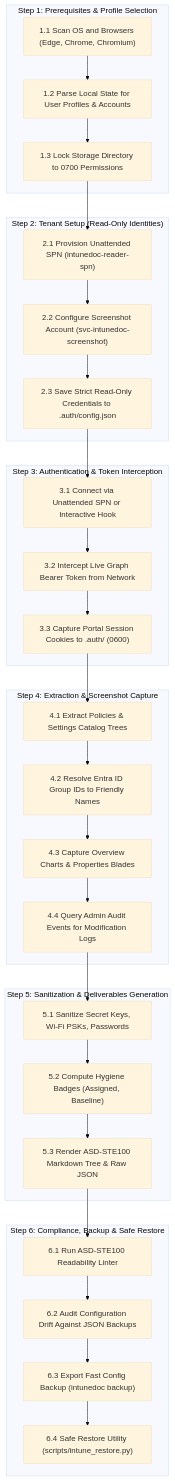
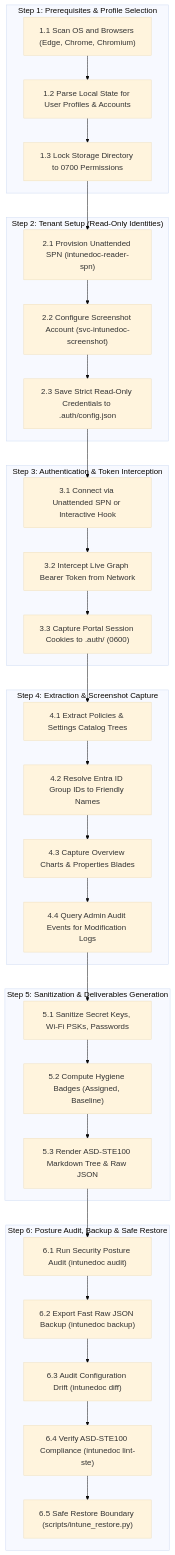
The diagram in README.md (leifdavisson/intune-visual-doc), drawn with Mermaid (base theme) before and after one commit. The commit also changed other lines of this file and 22 other files, not shown here.

First line of the commit message:
feat(audit): release v0.2.0 with posture audit and menu alignment

````diff
--- a/README.md
+++ b/README.md
@@ -24,52 +24,53 @@
 ```mermaid
 flowchart TD
     subgraph E1["Step 1: Prerequisites & Profile Selection"]
         E1A["1.1 Scan OS and Browsers (Edge, Chrome, Chromium)"]
         E1B["1.2 Parse Local State for User Profiles & Accounts"]
         E1C["1.3 Lock Storage Directory to 0700 Permissions"]
         E1A --> E1B --> E1C
     end
 
     subgraph E2["Step 2: Tenant Setup (Read-Only Identities)"]
         E2A["2.1 Provision Unattended SPN (intunedoc-reader-spn)"]
         E2B["2.2 Configure Screenshot Account (svc-intunedoc-screenshot)"]
         E2C["2.3 Save Strict Read-Only Credentials to .auth/config.json"]
         E2A --> E2B --> E2C
     end
 
     subgraph E3["Step 3: Authentication & Token Interception"]
         E3A["3.1 Connect via Unattended SPN or Interactive Hook"]
         E3B["3.2 Intercept Live Graph Bearer Token from Network"]
         E3C["3.3 Capture Portal Session Cookies to .auth/ (0600)"]
         E3A --> E3B --> E3C
     end
 
     subgraph E4["Step 4: Extraction & Screenshot Capture"]
         E4A["4.1 Extract Policies & Settings Catalog Trees"]
         E4B["4.2 Resolve Entra ID Group IDs to Friendly Names"]
         E4C["4.3 Capture Overview Charts & Properties Blades"]
         E4D["4.4 Query Admin Audit Events for Modification Logs"]
         E4A --> E4B --> E4C --> E4D
     end
 
     subgraph E5["Step 5: Sanitization & Deliverables Generation"]
         E5A["5.1 Sanitize Secret Keys, Wi-Fi PSKs, Passwords"]
         E5B["5.2 Compute Hygiene Badges (Assigned, Baseline)"]
         E5C["5.3 Render ASD-STE100 Markdown Tree & Raw JSON"]
         E5A --> E5B --> E5C
     end
 
-    subgraph E6["Step 6: Compliance, Backup & Safe Restore"]
-        E6A["6.1 Run ASD-STE100 Readability Linter"]
-        E6B["6.2 Audit Configuration Drift Against JSON Backups"]
-        E6C["6.3 Export Fast Config Backup (intunedoc backup)"]
-        E6D["6.4 Safe Restore Utility (scripts/intune_restore.py)"]
-        E6A --> E6B --> E6C --> E6D
+    subgraph E6["Step 6: Posture Audit, Backup & Safe Restore"]
+        E6A["6.1 Run Security Posture Audit (intunedoc audit)"]
+        E6B["6.2 Export Fast Raw JSON Backup (intunedoc backup)"]
+        E6C["6.3 Audit Configuration Drift (intunedoc diff)"]
+        E6D["6.4 Verify ASD-STE100 Compliance (intunedoc lint-ste)"]
+        E6E["6.5 Safe Restore Boundary (scripts/intune_restore.py)"]
+        E6A --> E6B --> E6C --> E6D --> E6E
     end
 
     E1C --> E2A
     E2C --> E3A
     E3C --> E4A
     E4D --> E5A
     E5C --> E6A
 ```
````
